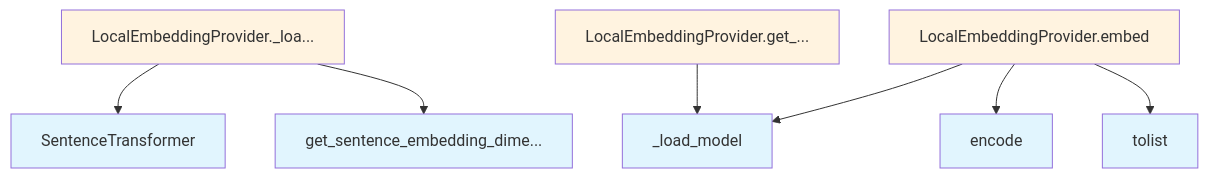
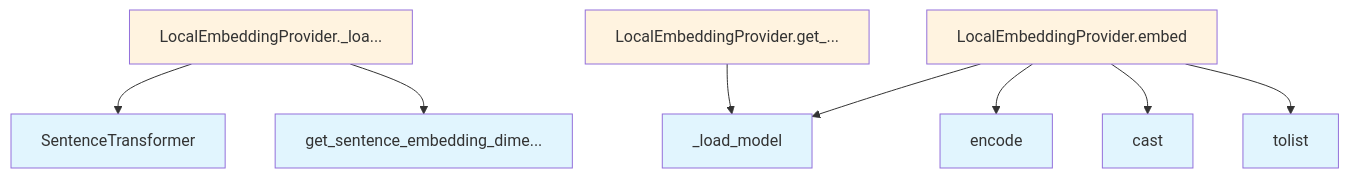
The second of 2 diagrams in .deepwiki/files/src/local_deepwiki/providers/embeddings/local.md (UrbanDiver/local-deepwiki-mcp), drawn with Mermaid before and after one commit. The commit also changed other lines of this file and 53 other files, not shown here.

````diff
--- a/.deepwiki/files/src/local_deepwiki/providers/embeddings/local.md
+++ b/.deepwiki/files/src/local_deepwiki/providers/embeddings/local.md
@@ -104,21 +425,23 @@
 ```mermaid
 flowchart TD
     N0[LocalEmbeddingProvider._loa...]
     N1[LocalEmbeddingProvider.embed]
     N2[LocalEmbeddingProvider.get_...]
     N3[SentenceTransformer]
     N4[_load_model]
-    N5[encode]
-    N6[get_sentence_embedding_dime...]
-    N7[tolist]
+    N5[cast]
+    N6[encode]
+    N7[get_sentence_embedding_dime...]
+    N8[tolist]
     N0 --> N3
-    N0 --> N6
+    N0 --> N7
     N1 --> N4
+    N1 --> N6
     N1 --> N5
-    N1 --> N7
+    N1 --> N8
     N2 --> N4
     classDef func fill:#e1f5fe
-    class N3,N4,N5,N6,N7 func
+    class N3,N4,N5,N6,N7,N8 func
     classDef method fill:#fff3e0
     class N0,N1,N2 method
 ```
````
